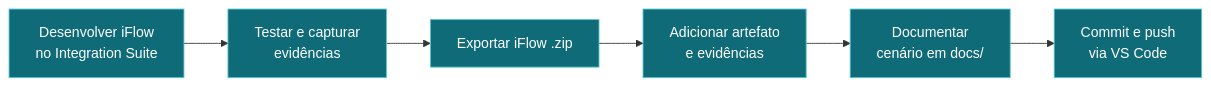
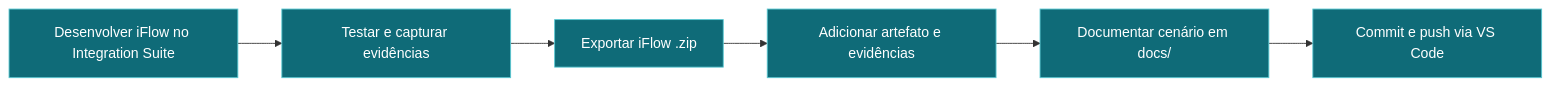
One commit to OrlandoCaetano2026/SAP_Integration_Suite_Learning changed the third of 3 diagrams in README.md. Above: the diagram before and after it, drawn with Mermaid. The commit also changed other lines of this file and 1 other file, not shown here.

Commit message:
docs: professional revamp of all index READMEs with badges, Mermaid, exam blueprint and skill matrix_V3

````diff
--- a/README.md
+++ b/README.md
@@ -426,11 +388,11 @@
 ```mermaid
 flowchart LR
-    D[Desenvolver iFlow\nno Integration Suite] --> T[Testar e capturar\nevidências]
+    D[Desenvolver iFlow no Integration Suite] --> T[Testar e capturar evidências]
     T --> X[Exportar iFlow .zip]
-    X --> A[Adicionar artefato\ne evidências]
-    A --> Doc[Documentar\ncenário em docs/]
-    Doc --> G[Commit e push\nvia VS Code]
+    X --> A[Adicionar artefato e evidências]
+    A --> Doc[Documentar cenário em docs/]
+    Doc --> G[Commit e push via VS Code]
 
     classDef s fill:#0f6b78,color:#fff,stroke:#58c7d1;
     class D,T,X,A,Doc,G s;
 ```
````
